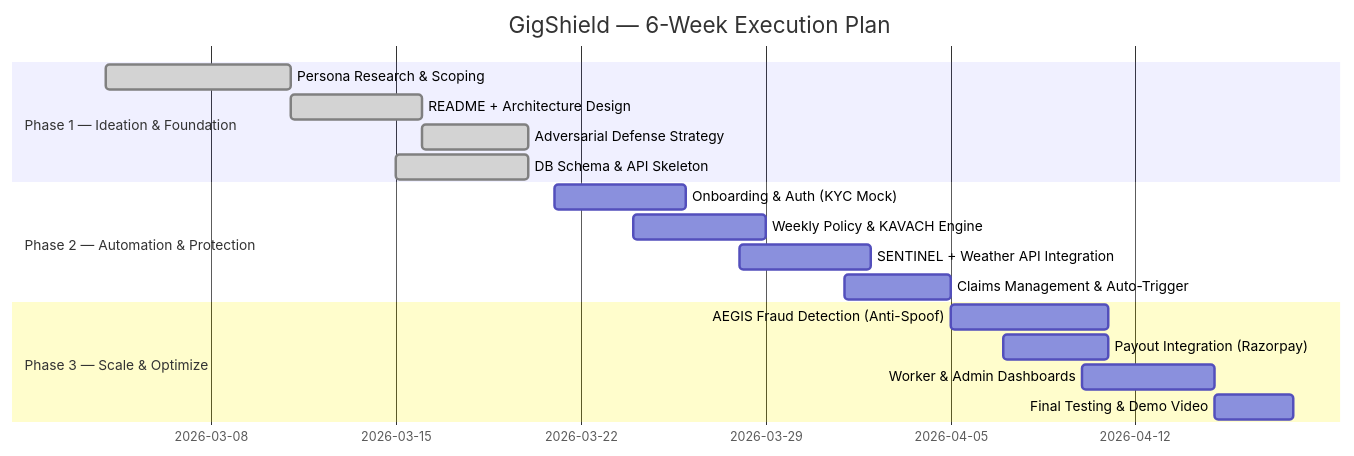
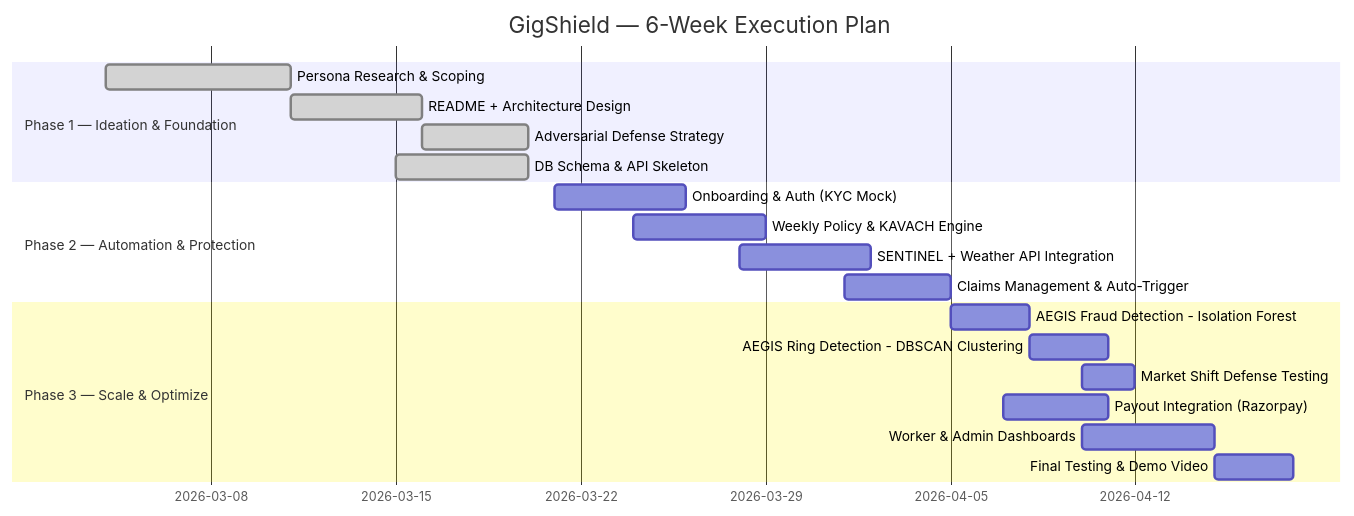
One commit to rox-dev6/gw changed the eighth of 8 diagrams in README.md. Above: the diagram before and after it, drawn with Mermaid. The commit also changed other lines of this file, not shown here.

````diff
--- a/README.md
+++ b/README.md
@@ -613,23 +654,25 @@
 ```mermaid
 gantt
     title GigShield — 6-Week Execution Plan
     dateFormat YYYY-MM-DD
 
     section Phase 1 — Ideation & Foundation
     Persona Research & Scoping          :done, p1a, 2026-03-04, 7d
     README + Architecture Design        :done, p1b, 2026-03-11, 5d
     Adversarial Defense Strategy        :done, p1c, 2026-03-16, 4d
     DB Schema & API Skeleton            :done, p1d, 2026-03-15, 5d
 
     section Phase 2 — Automation & Protection
     Onboarding & Auth (KYC Mock)        :p2a, 2026-03-21, 5d
     Weekly Policy & KAVACH Engine       :p2b, 2026-03-24, 5d
     SENTINEL + Weather API Integration  :p2c, 2026-03-28, 5d
     Claims Management & Auto-Trigger    :p2d, 2026-04-01, 4d
 
     section Phase 3 — Scale & Optimize
-    AEGIS Fraud Detection (Anti-Spoof)  :p3a, 2026-04-05, 6d
-    Payout Integration (Razorpay)       :p3b, 2026-04-07, 4d
-    Worker & Admin Dashboards           :p3c, 2026-04-10, 5d
-    Final Testing & Demo Video          :p3d, 2026-04-15, 3d
+    AEGIS Fraud Detection - Isolation Forest   :p3a, 2026-04-05, 3d
+    AEGIS Ring Detection - DBSCAN Clustering    :p3a2, 2026-04-08, 3d
+    Market Shift Defense Testing                :p3a3, 2026-04-10, 2d
+    Payout Integration (Razorpay)               :p3b, 2026-04-07, 4d
+    Worker & Admin Dashboards                   :p3c, 2026-04-10, 5d
+    Final Testing & Demo Video                  :p3d, 2026-04-15, 3d
 ```
````
